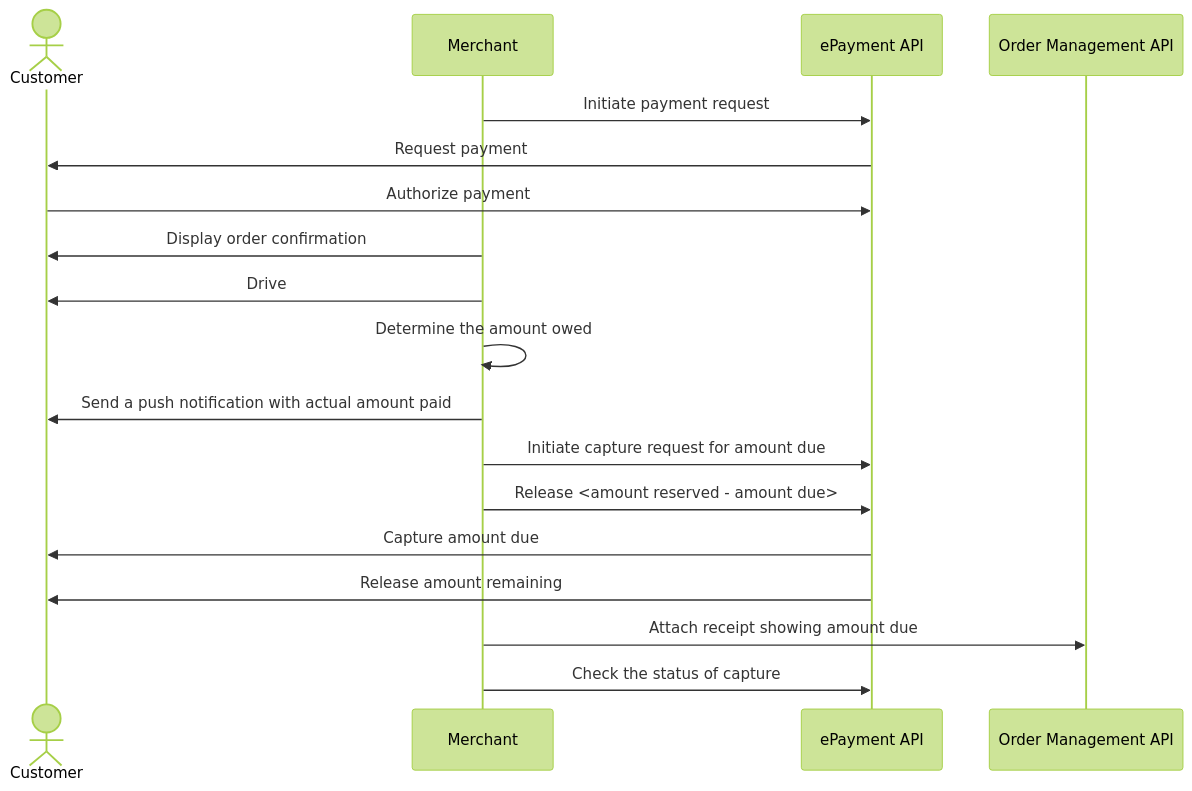
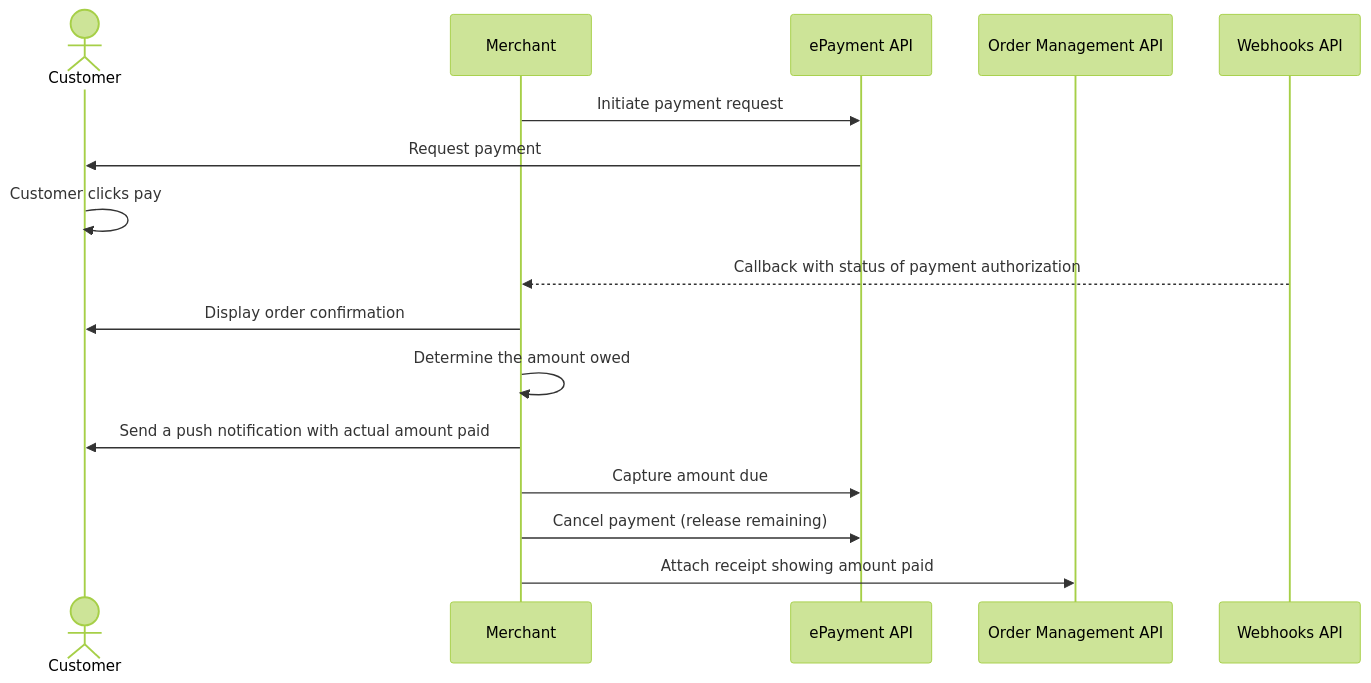
The diagram in taxi-companies/pay-through-taxi-app.md (vippsas/vipps-solutions), drawn with Mermaid (forest theme) before and after one commit. The commit also changed other lines of this file and 22 other files, not shown here.

First line of the commit message:
Provide unique examples. Add receipt in payment request when possible. (#86)

````diff
--- a/taxi-companies/pay-through-taxi-app.md
+++ b/taxi-companies/pay-through-taxi-app.md
@@ -76,21 +164,19 @@
 ``` mermaid
 sequenceDiagram
     actor C as Customer
     participant M as Merchant
     participant ePayment as ePayment API
     participant ordermanagement as Order Management API
+    participant Webhooks as Webhooks API
 
     M->>ePayment: Initiate payment request
     ePayment->>C: Request payment
-    C->>ePayment: Authorize payment
+    C->>C: Customer clicks pay
+    Webhooks-->>M: Callback with status of payment authorization
     M->>C: Display order confirmation
-    M->>C: Drive
     M->>M: Determine the amount owed
     M->>C: Send a push notification with actual amount paid
-    M->>ePayment: Initiate capture request for amount due
-    M->>ePayment: Release <amount reserved - amount due>
-    ePayment->>C: Capture amount due
-    ePayment->>C: Release amount remaining
-    M->>ordermanagement: Attach receipt showing amount due
-    M->>ePayment: Check the status of capture
+    M->>ePayment: Capture amount due
+    M->>ePayment: Cancel payment (release remaining)
+    M->>ordermanagement: Attach receipt showing amount paid
 ```
````
